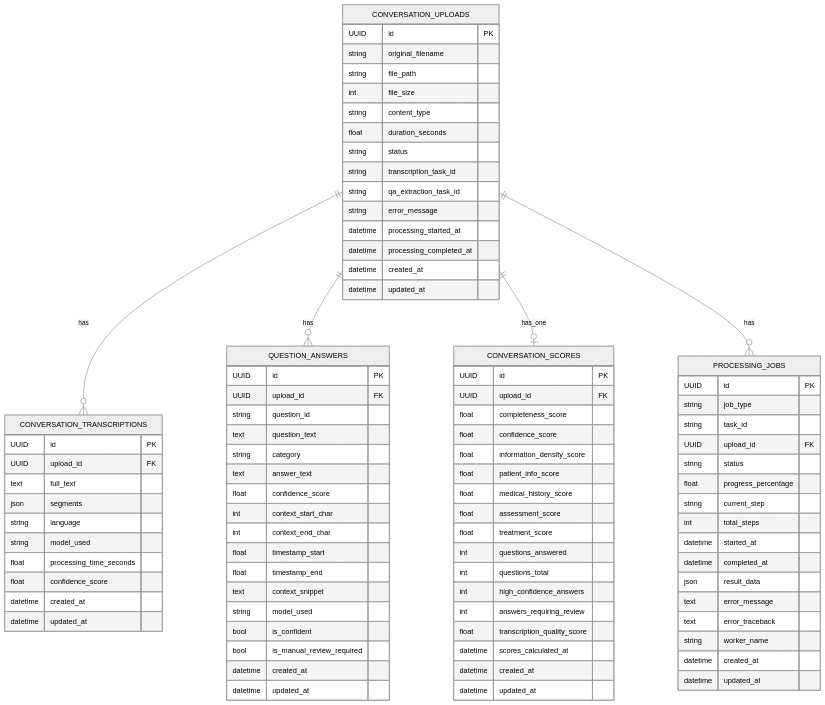
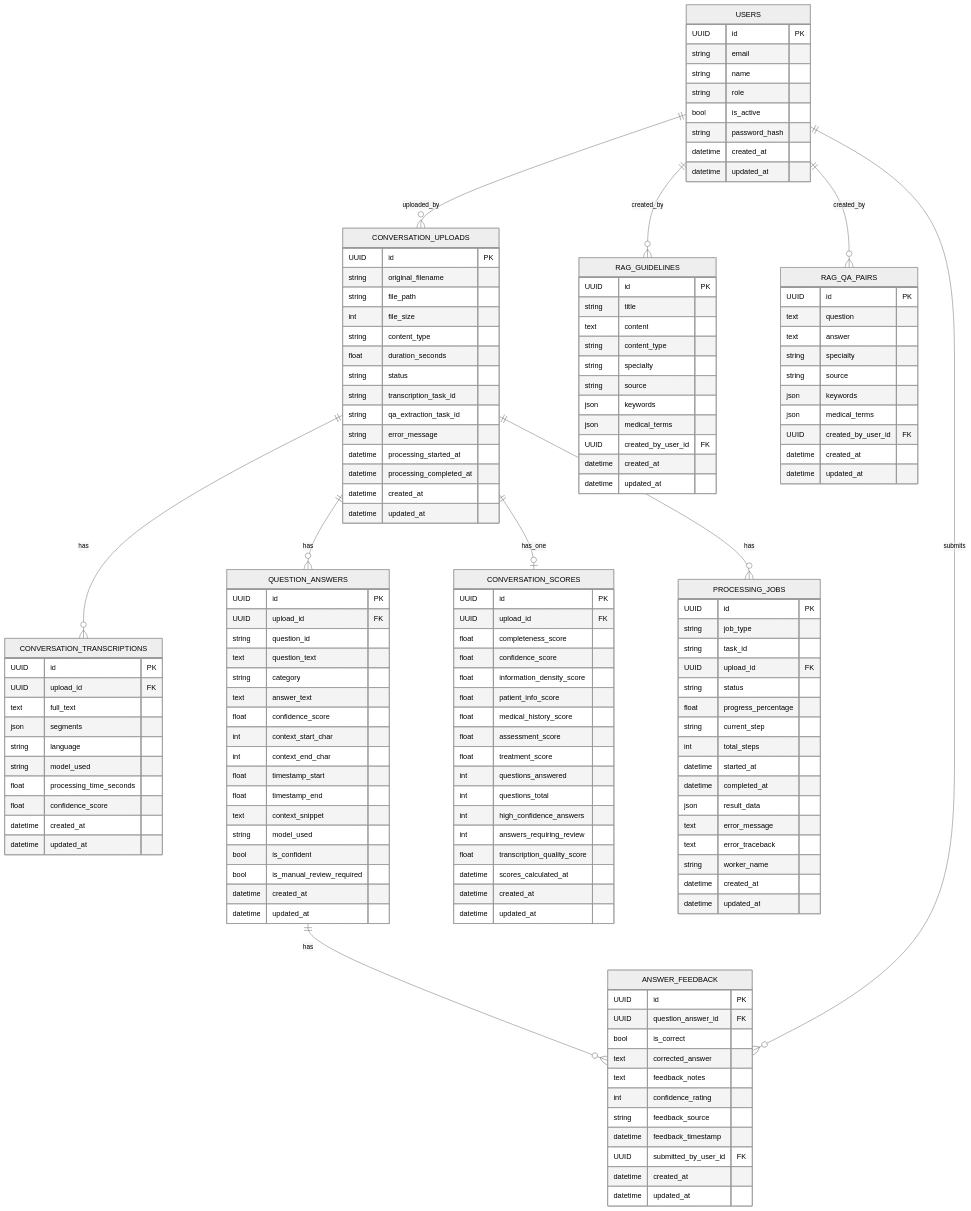
The fifth of 5 diagrams in ARCHITECTURE.md (yatharthsameer/AmbientAI-BE), drawn with Mermaid (neutral theme) before and after one commit. The commit also changed other lines of this file and 1 other file, not shown here.

Commit message:
update README diagram

````diff
--- a/ARCHITECTURE.md
+++ b/ARCHITECTURE.md
@@ -271,6 +296,11 @@
   CONVERSATION_UPLOADS ||--o{ QUESTION_ANSWERS : has
   CONVERSATION_UPLOADS ||--o| CONVERSATION_SCORES : has_one
   CONVERSATION_UPLOADS ||--o{ PROCESSING_JOBS : has
+  USERS ||--o{ CONVERSATION_UPLOADS : uploaded_by
+  QUESTION_ANSWERS ||--o{ ANSWER_FEEDBACK : has
+  USERS ||--o{ ANSWER_FEEDBACK : submits
+  USERS ||--o{ RAG_GUIDELINES : created_by
+  USERS ||--o{ RAG_QA_PAIRS : created_by
 
   CONVERSATION_UPLOADS {
     UUID id PK
@@ -360,4 +390,56 @@
     datetime created_at
     datetime updated_at
   }
+
+  USERS {
+    UUID id PK
+    string email
+    string name
+    string role
+    bool is_active
+    string password_hash
+    datetime created_at
+    datetime updated_at
+  }
+
+  ANSWER_FEEDBACK {
+    UUID id PK
+    UUID question_answer_id FK
+    bool is_correct
+    text corrected_answer
+    text feedback_notes
+    int confidence_rating
+    string feedback_source
+    datetime feedback_timestamp
+    UUID submitted_by_user_id FK
+    datetime created_at
+    datetime updated_at
+  }
+
+  RAG_GUIDELINES {
+    UUID id PK
+    string title
+    text content
+    string content_type
+    string specialty
+    string source
+    json keywords
+    json medical_terms
+    UUID created_by_user_id FK
+    datetime created_at
+    datetime updated_at
+  }
+
+  RAG_QA_PAIRS {
+    UUID id PK
+    text question
+    text answer
+    string specialty
+    string source
+    json keywords
+    json medical_terms
+    UUID created_by_user_id FK
+    datetime created_at
+    datetime updated_at
+  }
 ```
````
